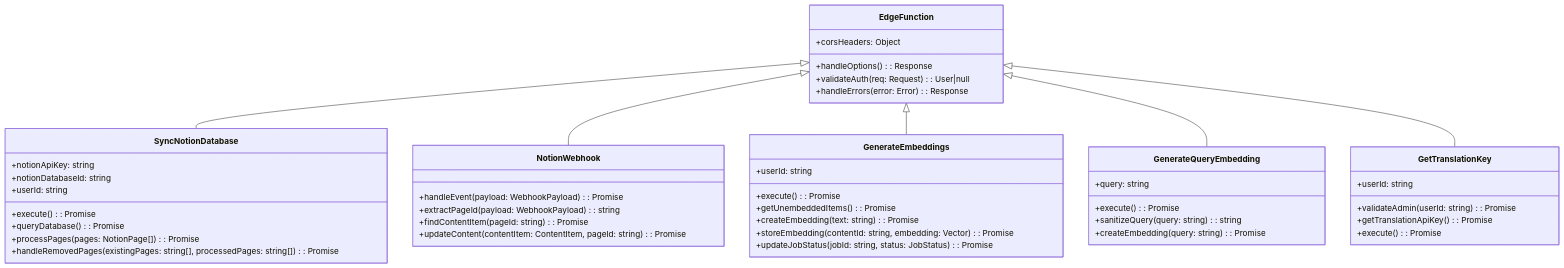
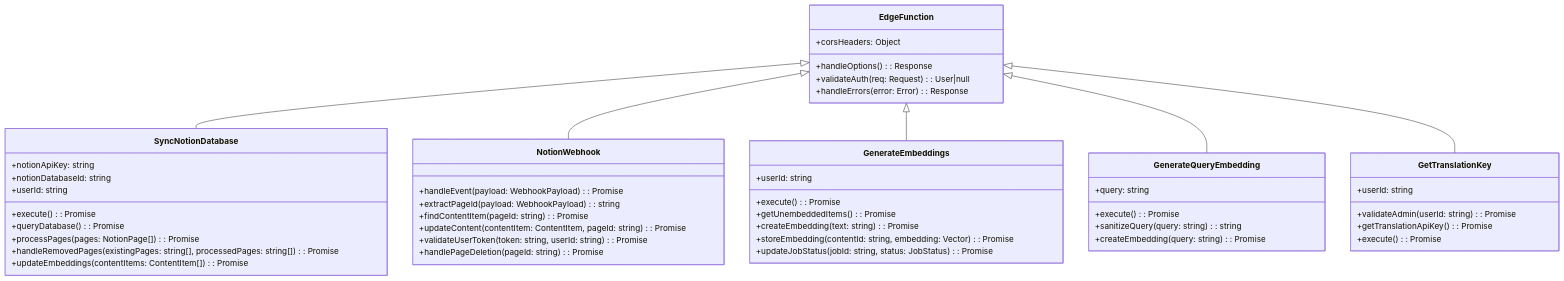
Before and after one commit to quinticechen/vista: the fourth of 6 diagrams in docs/CLASS_DIAGRAMS.md, drawn with Mermaid. The commit also changed other lines of this file and 4 other files, not shown here.

````diff
--- a/docs/CLASS_DIAGRAMS.md
+++ b/docs/CLASS_DIAGRAMS.md
@@ -302,55 +439,58 @@
 ```mermaid
 classDiagram
     class EdgeFunction {
         +corsHeaders: Object
         +handleOptions(): Response
         +validateAuth(req: Request): User|null
         +handleErrors(error: Error): Response
     }
 
     class SyncNotionDatabase {
         +notionApiKey: string
         +notionDatabaseId: string
         +userId: string
         +execute(): Promise<SyncResult>
         +queryDatabase(): Promise<NotionPage[]>
         +processPages(pages: NotionPage[]): Promise<ProcessedPage[]>
         +handleRemovedPages(existingPages: string[], processedPages: string[]): Promise<RemovedPage[]>
+        +updateEmbeddings(contentItems: ContentItem[]): Promise<boolean>
     }
 
     class NotionWebhook {
         +handleEvent(payload: WebhookPayload): Promise<Response>
         +extractPageId(payload: WebhookPayload): string
         +findContentItem(pageId: string): Promise<ContentItem|null>
         +updateContent(contentItem: ContentItem, pageId: string): Promise<boolean>
+        +validateUserToken(token: string, userId: string): Promise<boolean>
+        +handlePageDeletion(pageId: string): Promise<boolean>
     }
 
     class GenerateEmbeddings {
         +userId: string
         +execute(): Promise<EmbeddingJobResult>
         +getUnembeddedItems(): Promise<ContentItem[]>
         +createEmbedding(text: string): Promise<Vector>
         +storeEmbedding(contentId: string, embedding: Vector): Promise<boolean>
         +updateJobStatus(jobId: string, status: JobStatus): Promise<boolean>
     }
 
     class GenerateQueryEmbedding {
         +query: string
         +execute(): Promise<QueryEmbeddingResult>
         +sanitizeQuery(query: string): string
         +createEmbedding(query: string): Promise<Vector>
     }
 
     class GetTranslationKey {
         +userId: string
         +validateAdmin(userId: string): Promise<boolean>
         +getTranslationApiKey(): Promise<string|null>
         +execute(): Promise<TranslationKeyResult>
     }
 
     EdgeFunction <|-- SyncNotionDatabase
     EdgeFunction <|-- NotionWebhook
     EdgeFunction <|-- GenerateEmbeddings
     EdgeFunction <|-- GenerateQueryEmbedding
     EdgeFunction <|-- GetTranslationKey
 ```
````
